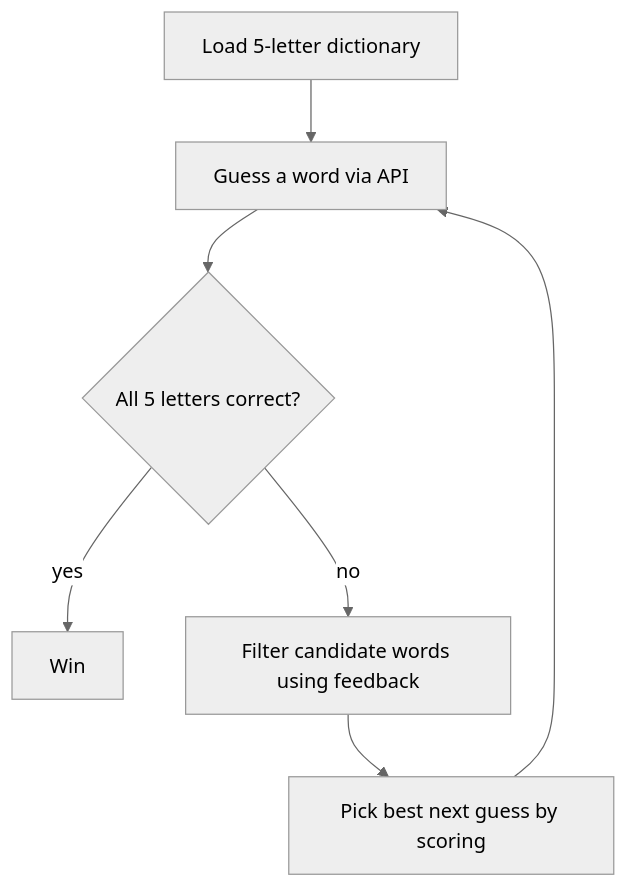
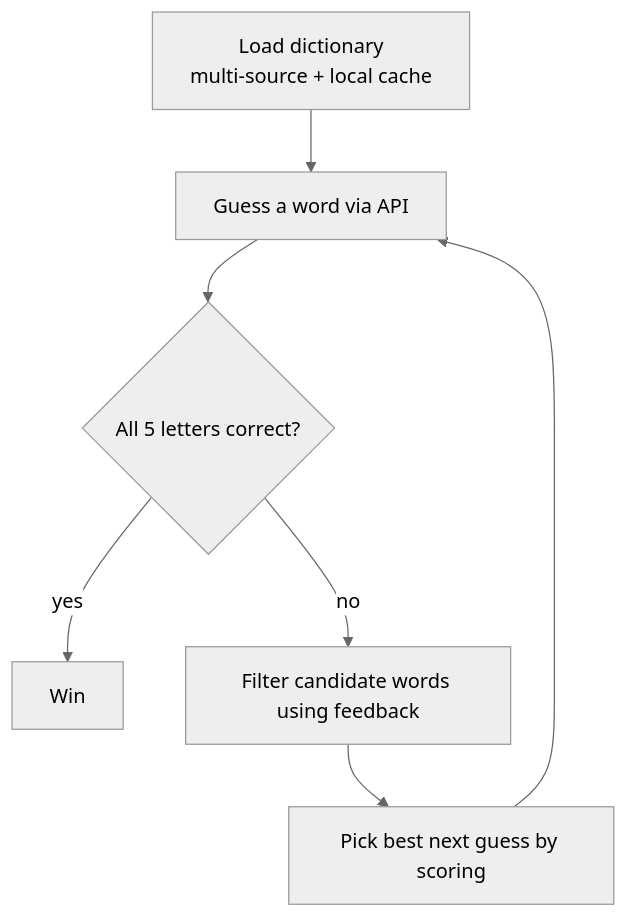
The diagram in README.md (ocsen-hoc-code/votee), drawn with Mermaid (neutral theme) before and after one commit. The commit also changed other lines of this file and 5 other files, not shown here.

First line of the commit message:
refactor: rewrite solver-v2 with multi-source dictionary and local cache

````diff
--- a/README.md
+++ b/README.md
@@ -9,9 +9,9 @@
 ```mermaid
 flowchart TD
-    A[Load 5-letter dictionary] --> B[Guess a word via API]
+    A[Load dictionary<br>multi-source + local cache] --> B[Guess a word via API]
     B --> C{All 5 letters correct?}
     C -- yes --> D[Win]
     C -- no --> E[Filter candidate words using feedback]
     E --> F[Pick best next guess by scoring]
     F --> B
 ```
````
